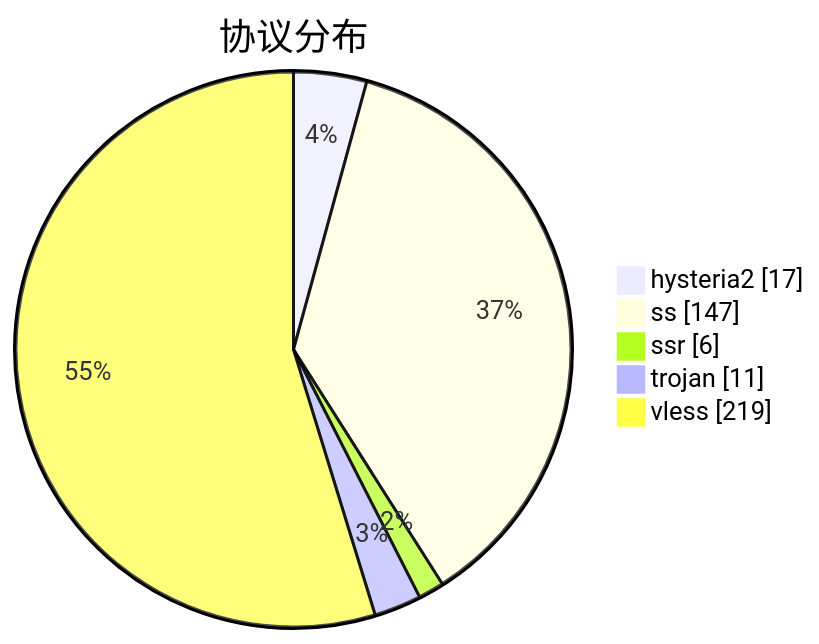
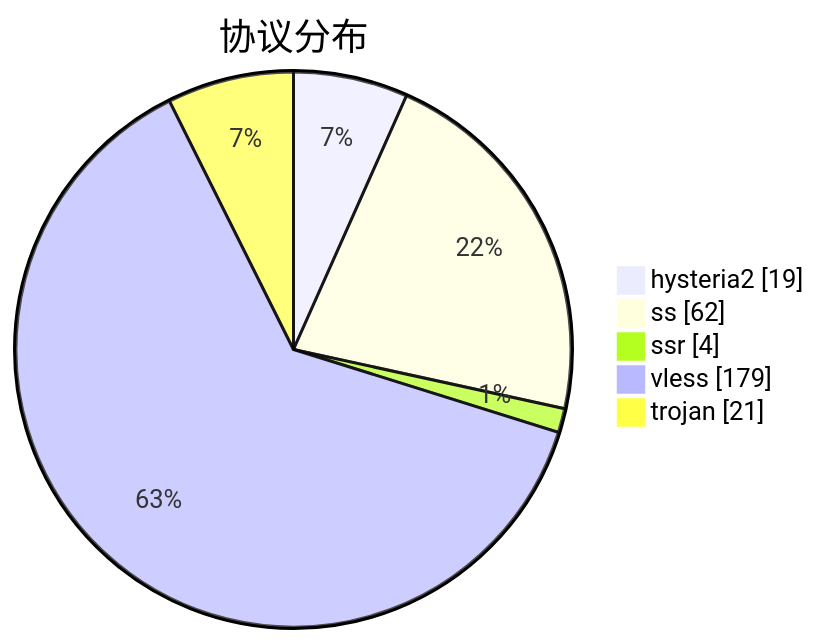
One commit to qjlxg/airport changed the third of 3 diagrams in subs/statistics/tested_within.md. Above: the diagram before and after it, drawn with Mermaid. The commit also changed other lines of this file and 2 other files, not shown here.

````diff
--- a/subs/statistics/tested_within.md
+++ b/subs/statistics/tested_within.md
@@ -35,9 +35,9 @@
 ```mermaid
 pie showData
 title 协议分布
-"hysteria2" : 17
-"ss" : 147
-"ssr" : 6
-"trojan" : 11
-"vless" : 219
+"hysteria2" : 19
+"ss" : 62
+"ssr" : 4
+"vless" : 179
+"trojan" : 21
 ```
````
